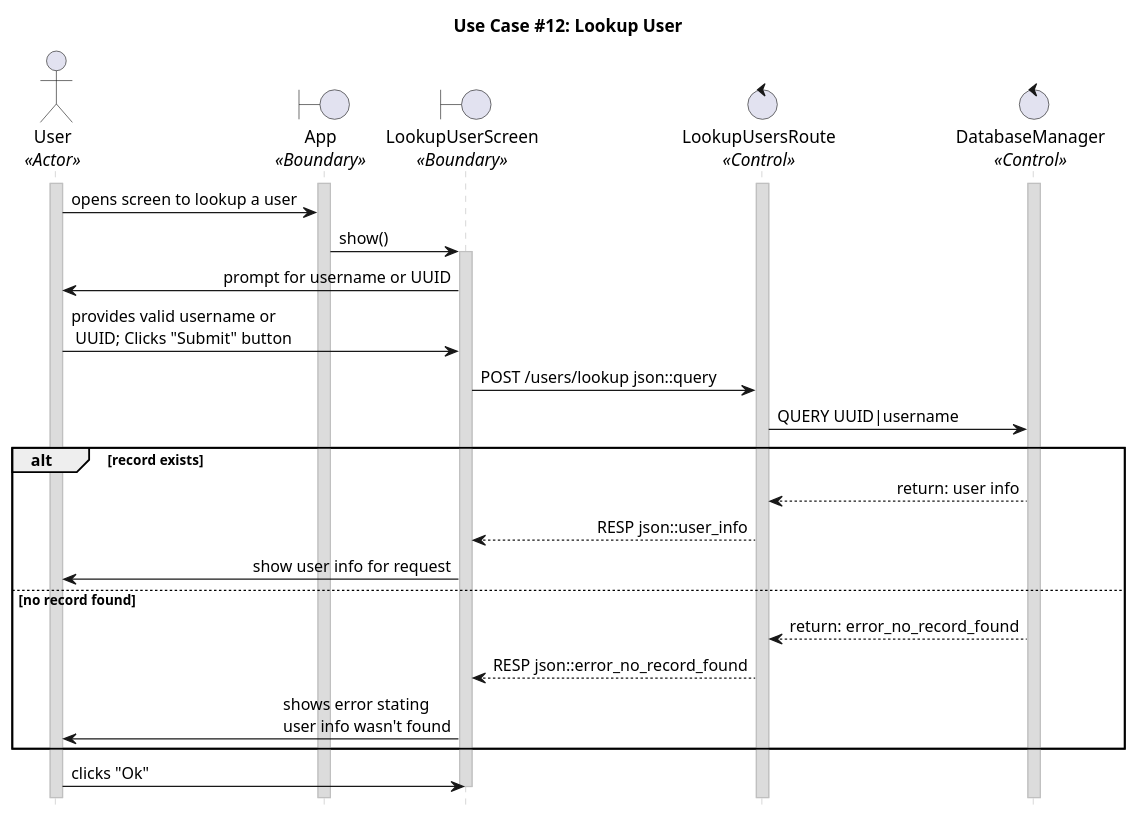
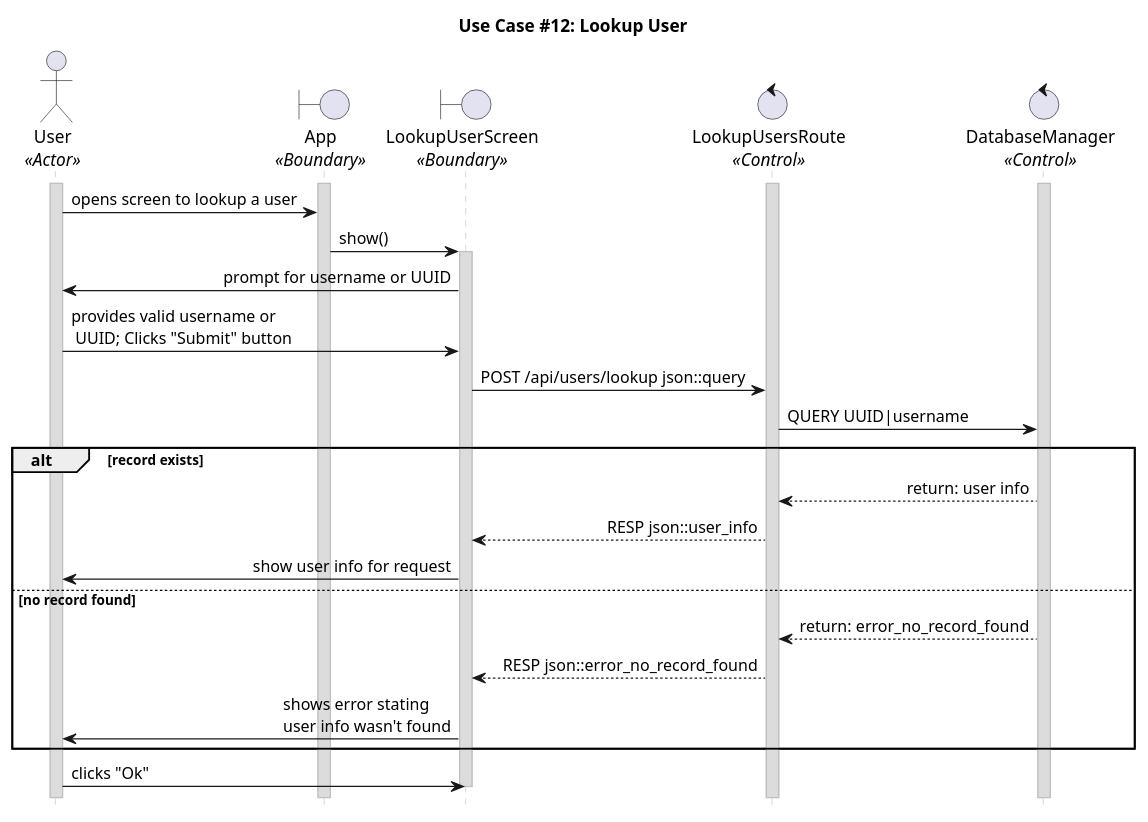
Before and after one commit to CECS-491-SP24-Group-1/seq-diagrams: the diagram in uc_12_alt.puml, drawn with PlantUML. The commit also changed 3 other files, not shown here.

```diff
--- a/uc_12_alt.puml
+++ b/uc_12_alt.puml
@@ -1,57 +1,57 @@
 @startuml uc12_alt
 title "Use Case #12: Lookup User"
 
 'Styling goes here
 hide footbox
 skinparam stereotypePosition bottom
 skinparam sequenceMessageAlign direction
 skinparam sequence {
 	LifeLineBorderColor #Silver
 	LifeLineBackgroundColor #Gainsboro
 }
 
 'Setup the objects involved here
 actor User as u <<Actor>>
 boundary App as a <<Boundary>>
 boundary LookupUserScreen as lus <<Boundary>>
 control LookupUsersRoute as lur <<Control>>
 control DatabaseManager as dbm <<Control>>
 
 'Setup persistent objects here
 activate u
 activate a
 activate lur
 activate dbm
 
 '--- FLOW OF CONTROL STARTS HERE ---
 'User sends UUID or username to server.
 u -> a: opens screen to lookup a user
 a -> lus: show()
 activate lus
 lus -> u: prompt for username or UUID
 u -> lus: provides valid username or\n UUID; Clicks "Submit" button
 
 'Server responds with user’s public key, username, and UUID.
-lus -> lur: POST /users/lookup json::query
+lus -> lur: POST /api/users/lookup json::query
 lur -> dbm: QUERY UUID|username
 
 alt record exists
 
 	dbm --> lur: return: user info
 	lur --> lus: RESP json::user_info
 	lus -> u: show user info for request
 
 else no record found
 
 	dbm --> lur: return: error_no_record_found
 	lur --> lus: RESP json::error_no_record_found
 	lus -> u: shows error stating \nuser info wasn't found
 
 end
 
 'Cleanup
 u -> lus: clicks "Ok"
 deactivate lus
 '--- FLOW OF CONTROL ENDS HERE   ---
 
 @enduml
```
